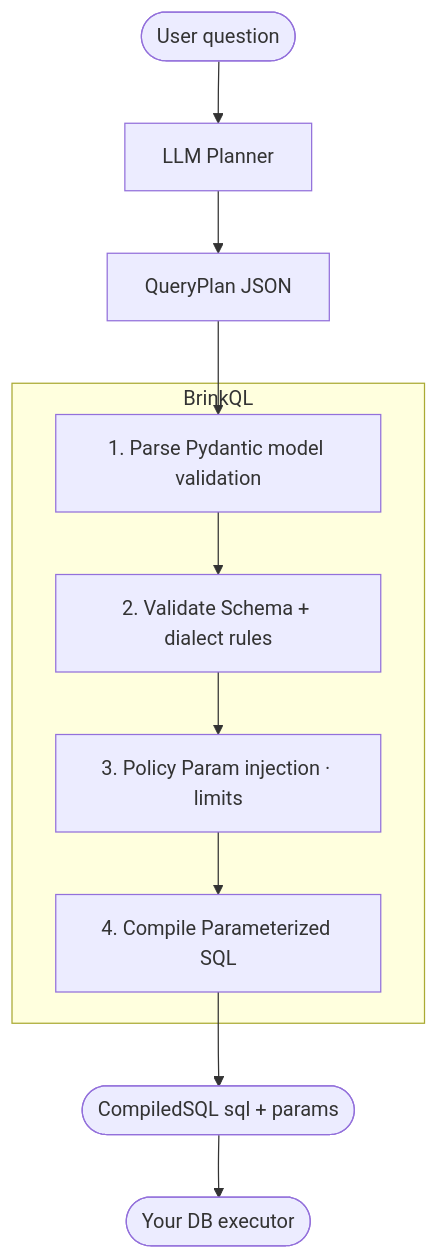
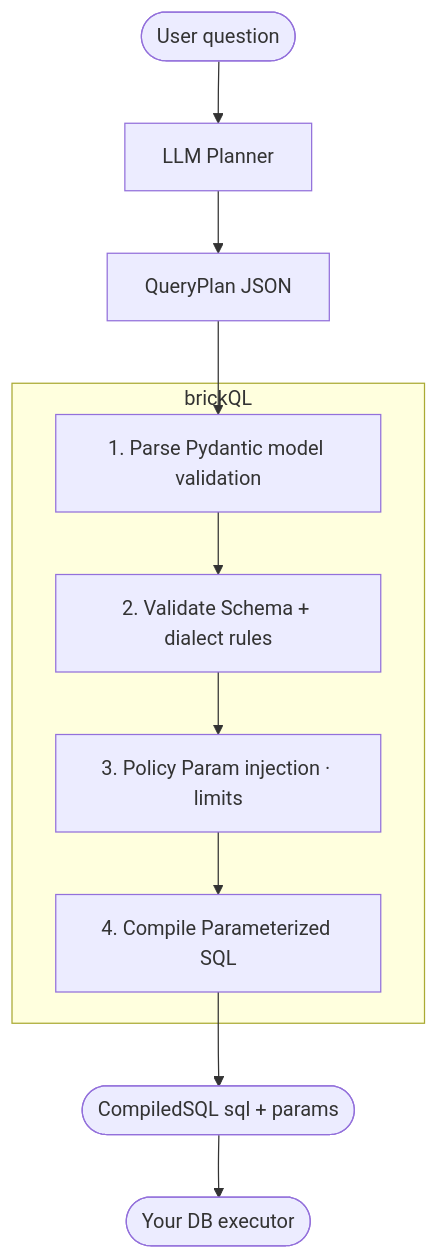
One commit to flyingraptor/BrickQL changed the diagram in docs/how-it-works.mmd. Above: the diagram before and after it, drawn with Mermaid. The commit also changed 39 other files, not shown here.

```diff
--- a/docs/how-it-works.mmd
+++ b/docs/how-it-works.mmd
@@ -1,18 +1,18 @@
 flowchart TD
     A([User question]) --> B[LLM Planner]
     B --> C[QueryPlan JSON]
 
     C --> D[1. Parse Pydantic model validation]
     D --> E[2. Validate Schema + dialect rules]
     E --> F[3. Policy Param injection · limits]
     F --> G[4. Compile Parameterized SQL]
 
     G --> H([CompiledSQL sql + params])
     H --> I([Your DB executor])
 
-    subgraph brinkql[" BrinkQL "]
+    subgraph brickql[" brickQL "]
         D
         E
         F
         G
     end
```
